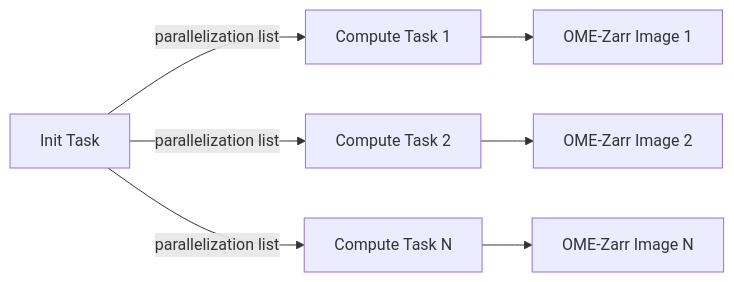
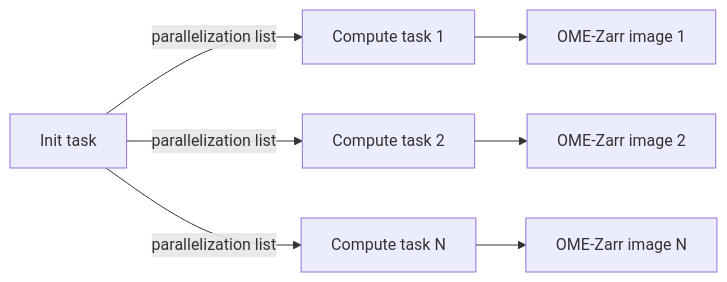
Before and after one commit to BioVisionCenter/ome-zarr-converters-tools: the diagram in docs/guides/fractal_tasks.md, drawn with Mermaid. The commit also changed other lines of this file and 32 other files, not shown here.

````diff
--- a/docs/guides/fractal_tasks.md
+++ b/docs/guides/fractal_tasks.md
@@ -23,9 +26,9 @@
 ```mermaid
 graph LR
-    A[Init Task] -->|parallelization list| B[Compute Task 1]
-    A -->|parallelization list| C[Compute Task 2]
-    A -->|parallelization list| D[Compute Task N]
-    B --> E[OME-Zarr Image 1]
-    C --> F[OME-Zarr Image 2]
-    D --> G[OME-Zarr Image N]
+    A[Init task] -->|parallelization list| B[Compute task 1]
+    A -->|parallelization list| C[Compute task 2]
+    A -->|parallelization list| D[Compute task N]
+    B --> E[OME-Zarr image 1]
+    C --> F[OME-Zarr image 2]
+    D --> G[OME-Zarr image N]
 ```
````
